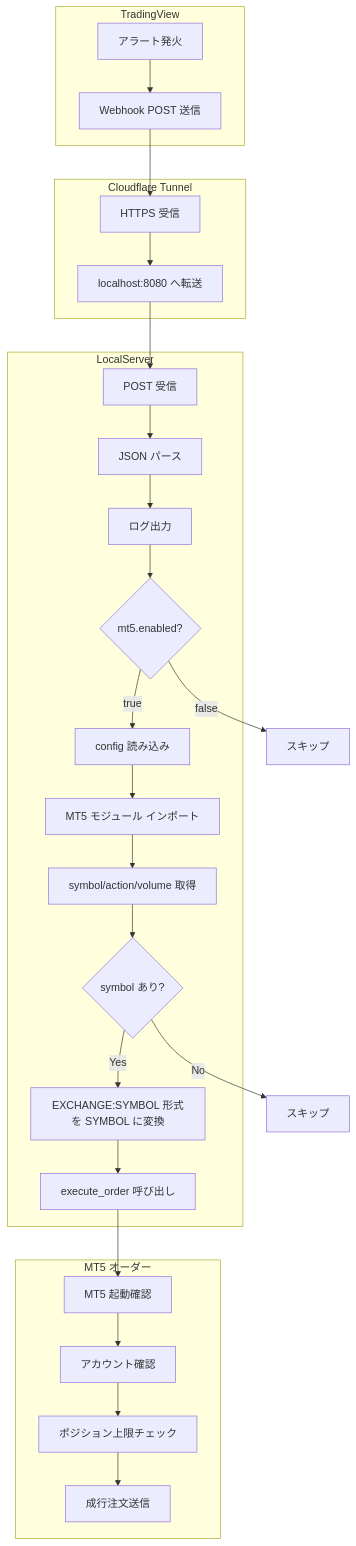
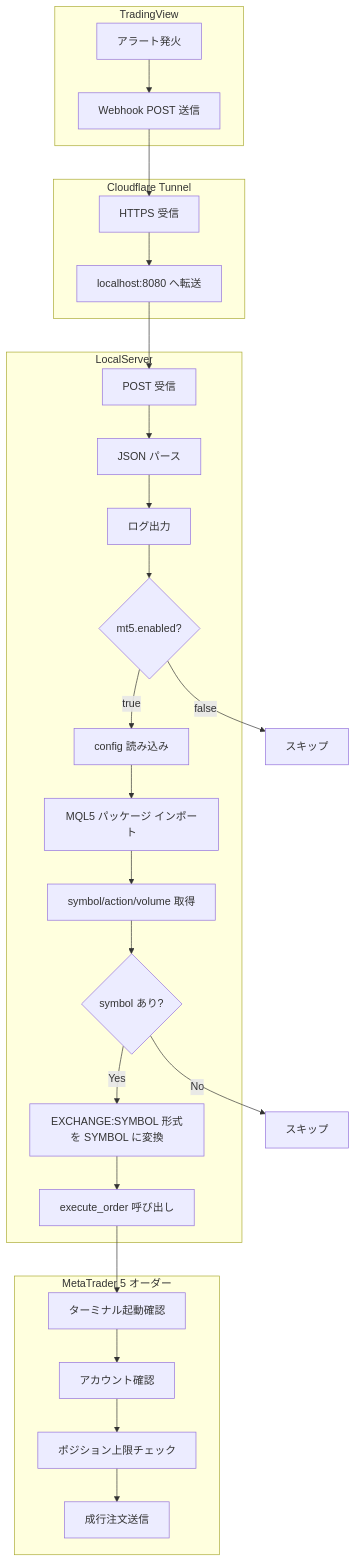
The diagram in README.md (PJ-Akame/TV2MT5-Bridge), drawn with Mermaid before and after one commit. The commit also changed other lines of this file and 19 other files, not shown here.

````diff
--- a/README.md
+++ b/README.md
@@ -19,52 +19,52 @@
 ```mermaid
 flowchart TB
     subgraph TV["TradingView"]
         A[アラート発火]
         B[Webhook POST 送信]
     end
 
     subgraph CF["Cloudflare Tunnel"]
         C[HTTPS 受信]
         D[localhost:8080 へ転送]
     end
 
     subgraph LS["LocalServer"]
         E[POST 受信]
         F[JSON パース]
         G[ログ出力]
         H{mt5.enabled?}
         I[config 読み込み]
-        J[MT5 モジュール インポート]
+        J[MQL5 パッケージ インポート]
         K[symbol/action/volume 取得]
         L{symbol あり?}
         M[EXCHANGE:SYMBOL 形式を SYMBOL に変換]
         N[execute_order 呼び出し]
     end
 
-    subgraph MT5["MT5 オーダー"]
-        O[MT5 起動確認]
+    subgraph MQL5Bridge["MetaTrader 5 オーダー"]
+        O[ターミナル起動確認]
         P[アカウント確認]
         Q[ポジション上限チェック]
         R[成行注文送信]
     end
 
     A --> B
     B --> C
     C --> D
     D --> E
     E --> F
     F --> G
     G --> H
     H -->|true| I
     H -->|false| S[スキップ]
     I --> J
     J --> K
     K --> L
     L -->|No| T[スキップ]
     L -->|Yes| M
     M --> N
     N --> O
     O --> P
     P --> Q
     Q --> R
 ```
````
